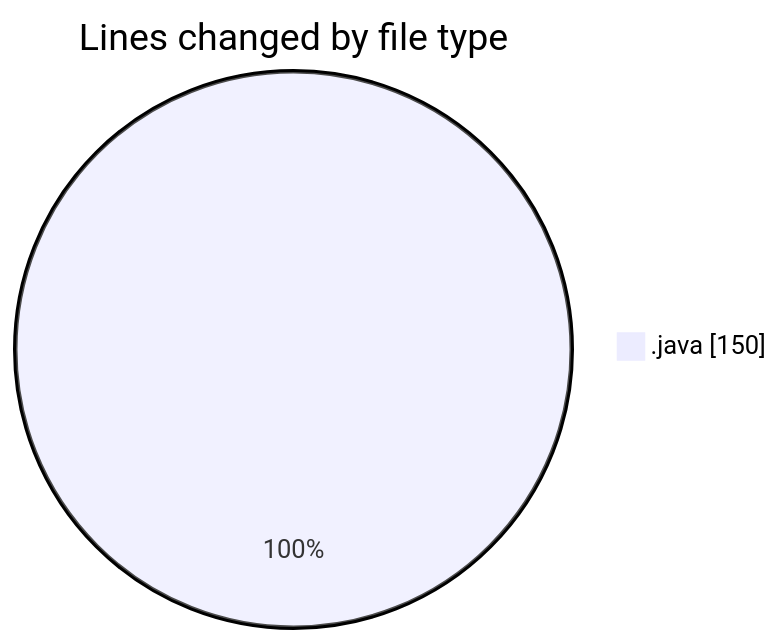
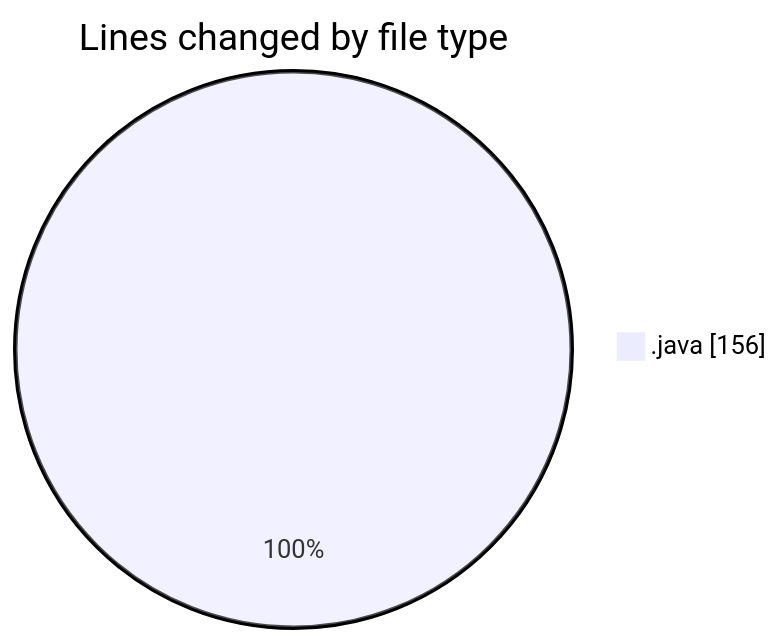
One commit to ricardozamudiocil/code-tracking changed the first of 2 diagrams in 2026-04-09/cilapp/README.md. Above: the diagram before and after it, drawn with Mermaid. The commit also changed other lines of this file and 1 other file, not shown here.

````diff
--- a/2026-04-09/cilapp/README.md
+++ b/2026-04-09/cilapp/README.md
@@ -20,5 +20,5 @@
 ```mermaid
 pie showData
 title Lines changed by file type
-".java" : 150
+".java" : 156
 ```
````
